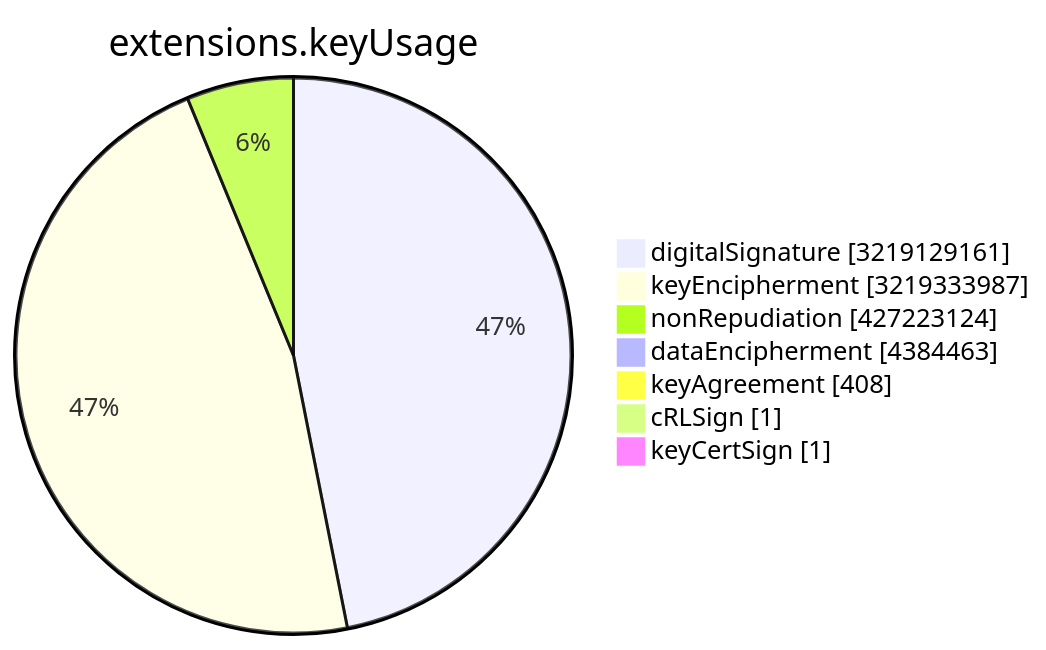
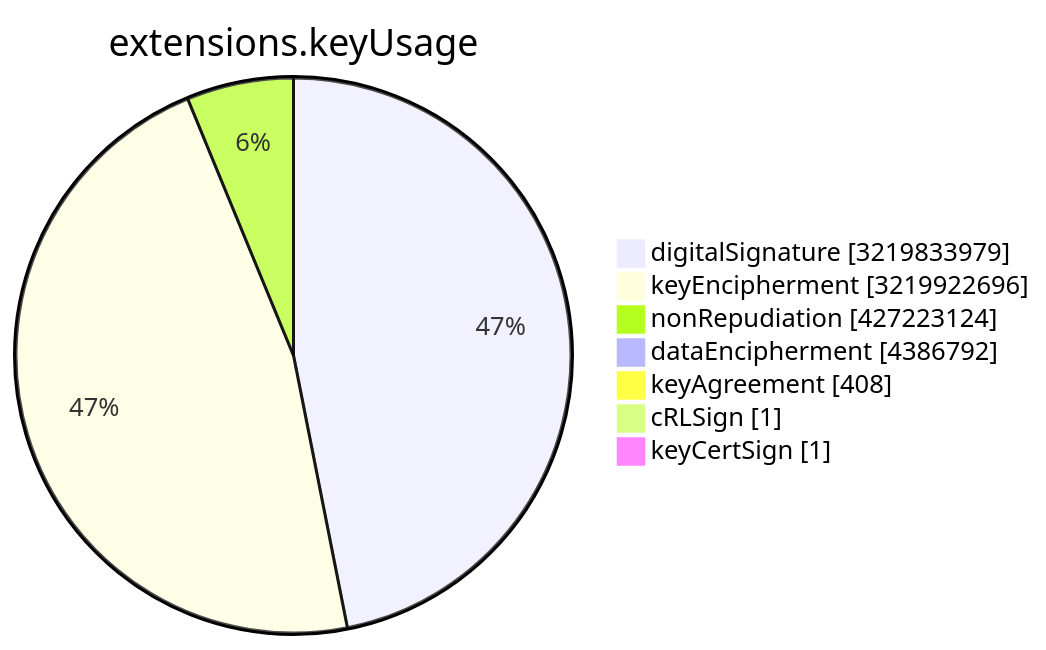
One commit to christiankrug/ctmonitor_visualization changed the sixth of 15 diagrams in TOTAL/README.md. Above: the diagram before and after it, drawn with Mermaid. The commit also changed other lines of this file, not shown here.

````diff
--- a/TOTAL/README.md
+++ b/TOTAL/README.md
@@ -3077,11 +3077,11 @@
 ```mermaid
 pie showData
 title extensions.keyUsage
-"digitalSignature" :3219129161
-"keyEncipherment" :3219333987
+"digitalSignature" :3219833979
+"keyEncipherment" :3219922696
 "nonRepudiation" :427223124
-"dataEncipherment" :4384463
+"dataEncipherment" :4386792
 "keyAgreement" :408
 "cRLSign" :1
 "keyCertSign" :1
 ```
````
